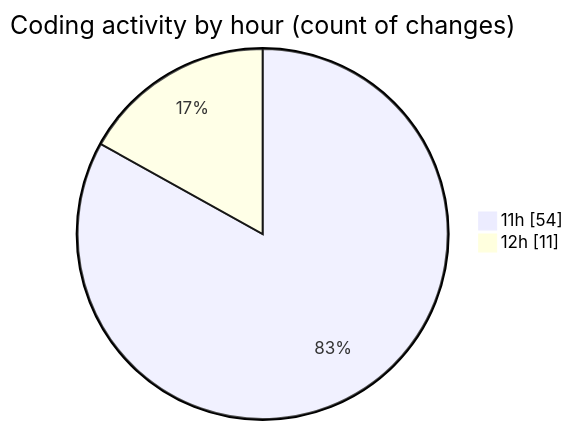
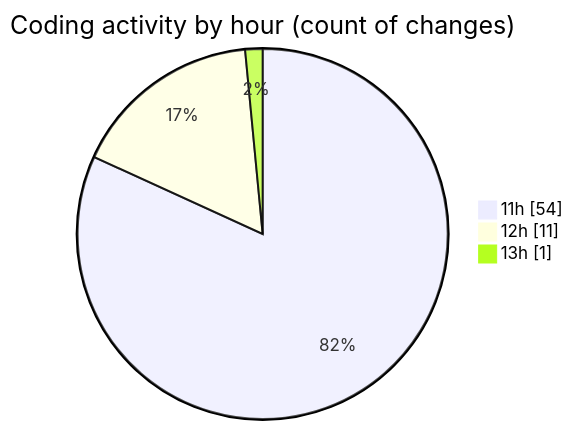
Before and after one commit to robertbonfada/code-tracking: the second of 2 diagrams in 2025-03-17/audiobooks-web/README.md, drawn with Mermaid. The commit also changed other lines of this file and 1 other file, not shown here.

````diff
--- a/2025-03-17/audiobooks-web/README.md
+++ b/2025-03-17/audiobooks-web/README.md
@@ -36,6 +36,7 @@
 ```mermaid
 pie showData
 title Coding activity by hour (count of changes)
 "11h" : 54
 "12h" : 11
+"13h" : 1
 ```
````
